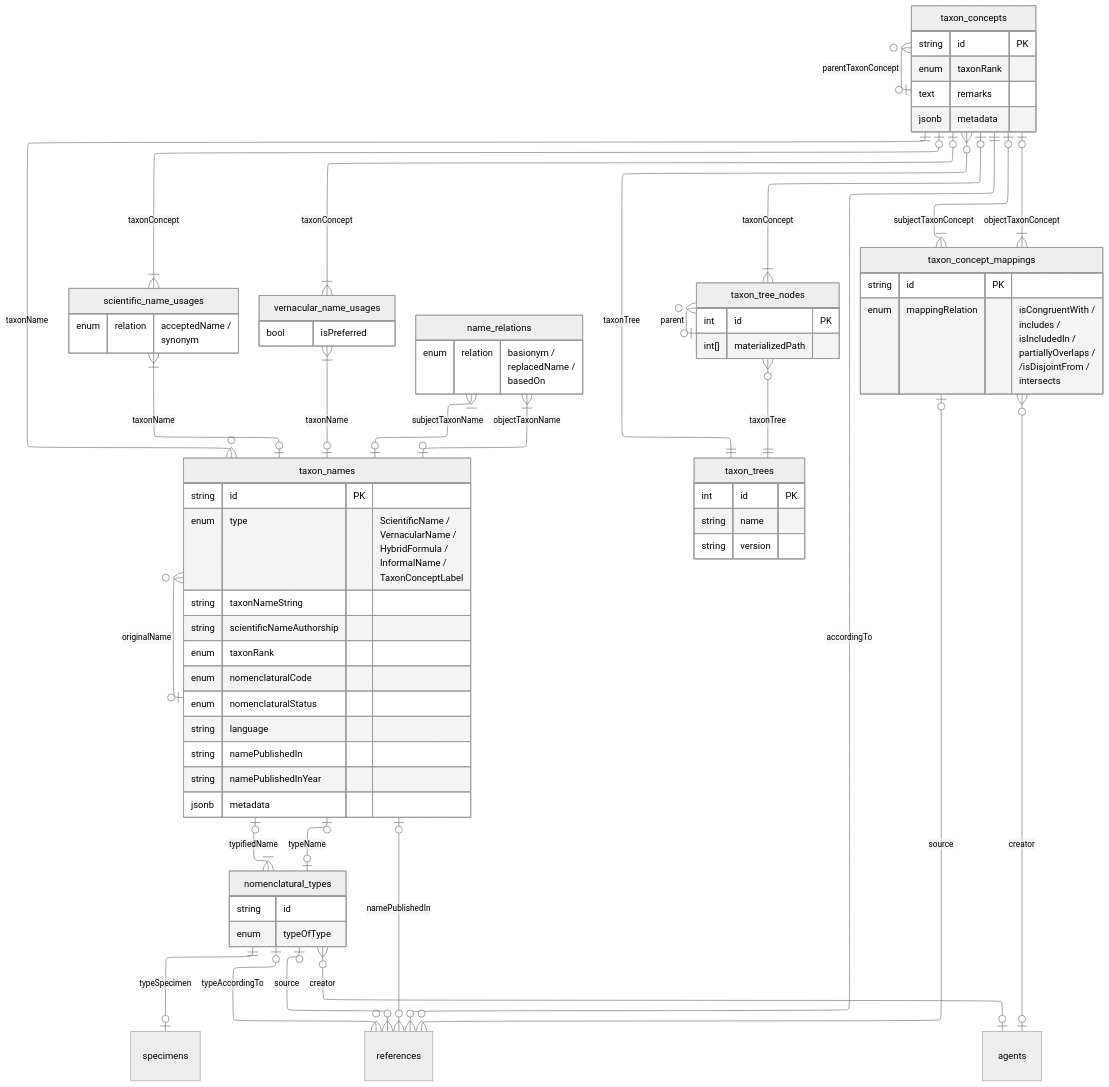
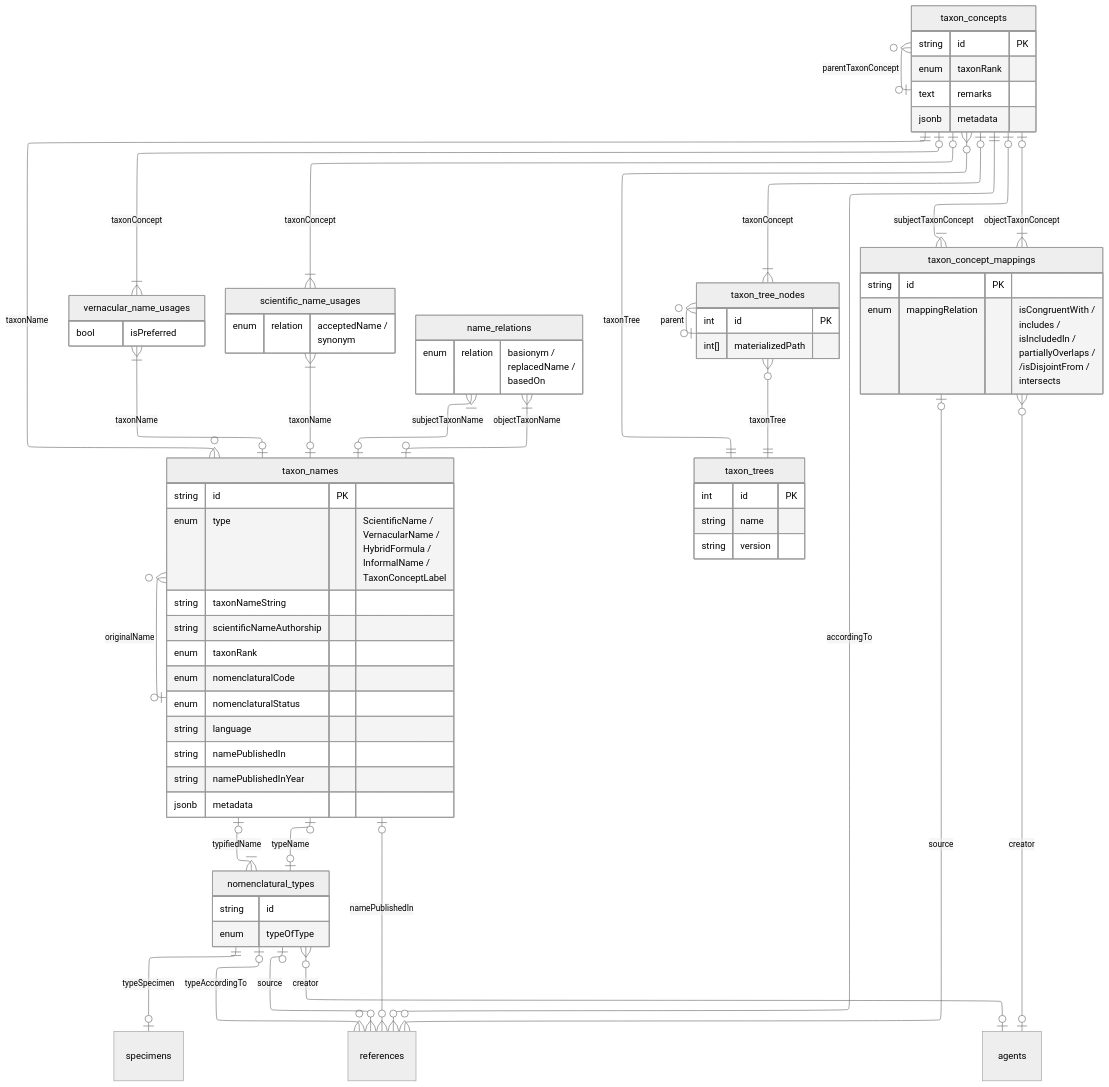
One commit to vicflora/vicflora-docs changed the diagram in source/_mermaid/tcs-dp.mmd. Above: the diagram before and after it, drawn with Mermaid (neutral theme). The commit also changed other lines of this file, not shown here.

```diff
--- a/source/_mermaid/tcs-dp.mmd
+++ b/source/_mermaid/tcs-dp.mmd
@@ -1,86 +1,86 @@
 ---
 config:
     layout: elk
 ---
 erDiagram
     taxon_concepts }o--o| taxon_concepts : "parentTaxonConcept"
     taxon_concepts ||--o{ taxon_names : "taxonName"
+    taxon_concepts |o--|{ vernacular_name_usages : "taxonConcept"
+    vernacular_name_usages }|--o| taxon_names : "taxonName"
     taxon_concepts |o--|{ scientific_name_usages : "taxonConcept"
-    taxon_concepts |o--|{ vernacular_name_usages : "taxonConcept"
     scientific_name_usages }|--o| taxon_names : "taxonName"
     taxon_names }o--o| taxon_names : "originalName"
     taxon_names |o--|{ name_relations : "subjectTaxonName"
     name_relations }|--o| taxon_names : "objectTaxonName"
-    vernacular_name_usages }|--o| taxon_names : "taxonName"
     taxon_concepts }o--|| taxon_trees : "taxonTree"
     taxon_concepts |o--|{ taxon_tree_nodes : "taxonConcept"
     taxon_tree_nodes }o--o| taxon_tree_nodes : "parent"
     taxon_tree_nodes }o--|| taxon_trees : "taxonTree" 
     taxon_names |o--|{ nomenclatural_types : "typifiedName"
     nomenclatural_types |o--o| taxon_names : "typeName"
     nomenclatural_types ||--o| specimens : "typeSpecimen"
     taxon_concepts |o--|{ taxon_concept_mappings : subjectTaxonConcept
     taxon_concept_mappings }|--o| taxon_concepts : objectTaxonConcept
 
     taxon_concepts ||--o{ references : accordingTo
     taxon_names |o--o{ references : namePublishedIn
     taxon_concept_mappings |o--o{ references : source
     nomenclatural_types |o--o{ references : typeAccordingTo
     nomenclatural_types |o--o{ references : source
 
     taxon_concept_mappings }o--o| agents : creator
     nomenclatural_types }o--o| agents : creator
 
     taxon_concepts {
         string id PK
         enum taxonRank
         text remarks
         jsonb metadata
     }
 
     taxon_names {
         string id PK
         enum type "ScientificName /<br>VernacularName /<br>HybridFormula /<br>InformalName /<br>TaxonConceptLabel"
         string taxonNameString
         string scientificNameAuthorship
         enum taxonRank
         enum nomenclaturalCode
         enum nomenclaturalStatus
         string language
         string namePublishedIn
         string namePublishedInYear
         jsonb metadata
     }
 
     scientific_name_usages {
         enum relation "acceptedName /<br>synonym"
     }
 
     name_relations {
         enum relation "basionym /<br>replacedName /<br>basedOn"
     }
 
     taxon_tree_nodes {
         int id PK
         int[] materializedPath
     }
 
     taxon_trees {
         int id PK
         string name
         string version
     }
 
     taxon_concept_mappings {
         string id PK
         enum mappingRelation "isCongruentWith /<br>includes /<br>isIncludedIn /<br>partiallyOverlaps /<br>/isDisjointFrom /<br>intersects"
     }
 
     nomenclatural_types {
         string id
         enum typeOfType
     }
 
     vernacular_name_usages {
         bool isPreferred
     }
```
